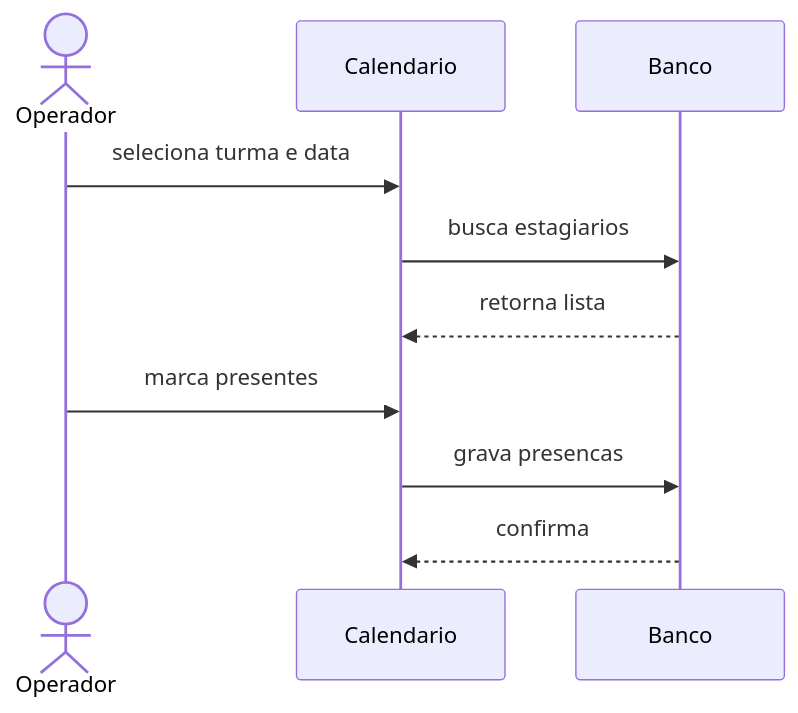
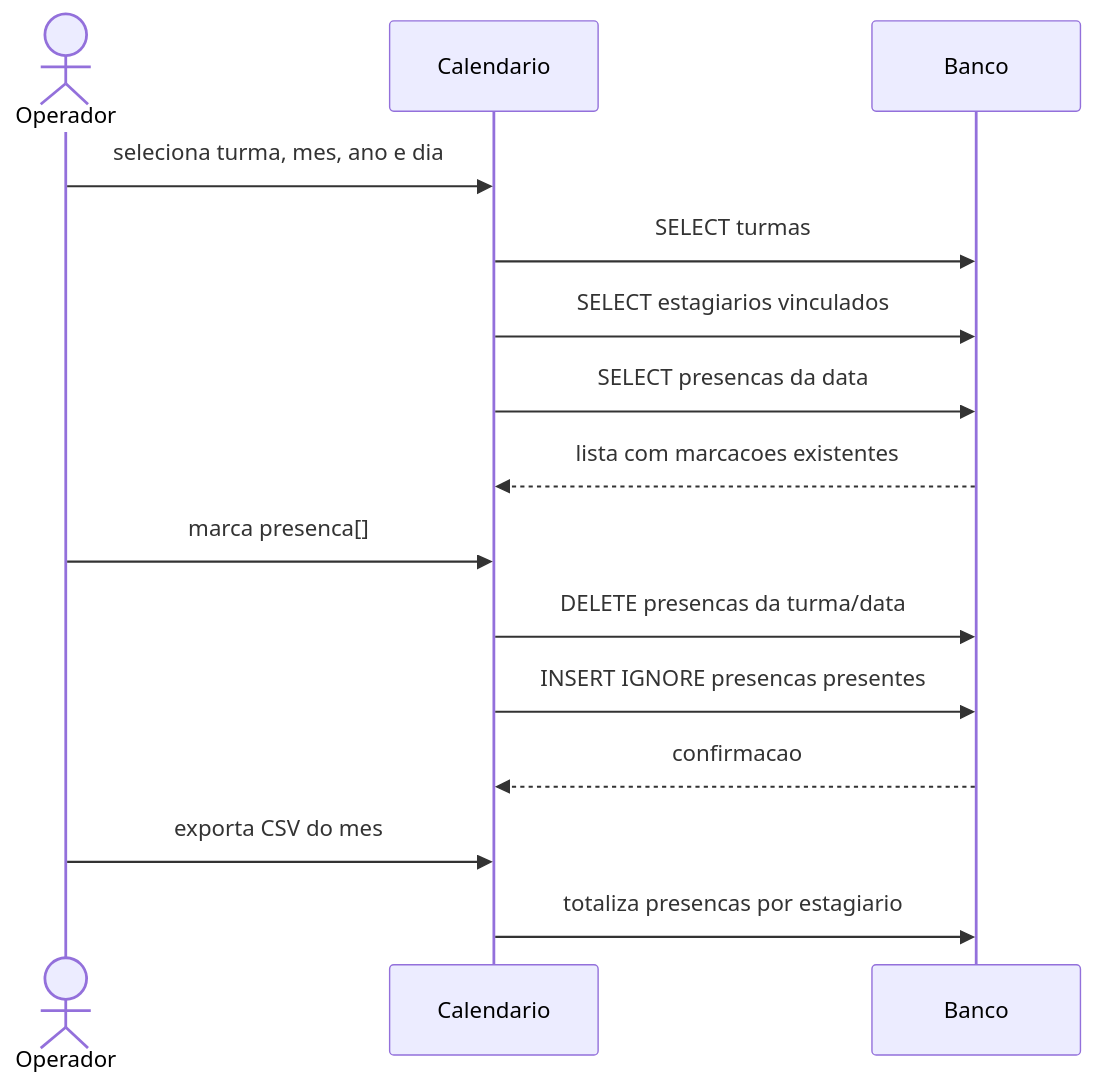
Before and after one commit to JosePaulo2003/sistema-interno-ctic: the diagram in docs/uml/fluxo-presenca.md, drawn with Mermaid. The commit also changed 3 other files, not shown here.

Commit message:
Melhora UML com tipos de dados e fluxos

````diff
--- a/docs/uml/fluxo-presenca.md
+++ b/docs/uml/fluxo-presenca.md
@@ -3,13 +3,18 @@
 ```mermaid
 sequenceDiagram
     actor Operador
-    participant Tela as Calendario
-    participant DB as Banco
+    participant Calendario
+    participant Banco
 
-    Operador->>Tela: seleciona turma e data
-    Tela->>DB: busca estagiarios
-    DB-->>Tela: retorna lista
-    Operador->>Tela: marca presentes
-    Tela->>DB: grava presencas
-    DB-->>Tela: confirma
+    Operador->>Calendario: seleciona turma, mes, ano e dia
+    Calendario->>Banco: SELECT turmas
+    Calendario->>Banco: SELECT estagiarios vinculados
+    Calendario->>Banco: SELECT presencas da data
+    Banco-->>Calendario: lista com marcacoes existentes
+    Operador->>Calendario: marca presenca[]
+    Calendario->>Banco: DELETE presencas da turma/data
+    Calendario->>Banco: INSERT IGNORE presencas presentes
+    Banco-->>Calendario: confirmacao
+    Operador->>Calendario: exporta CSV do mes
+    Calendario->>Banco: totaliza presencas por estagiario
 ```
````
